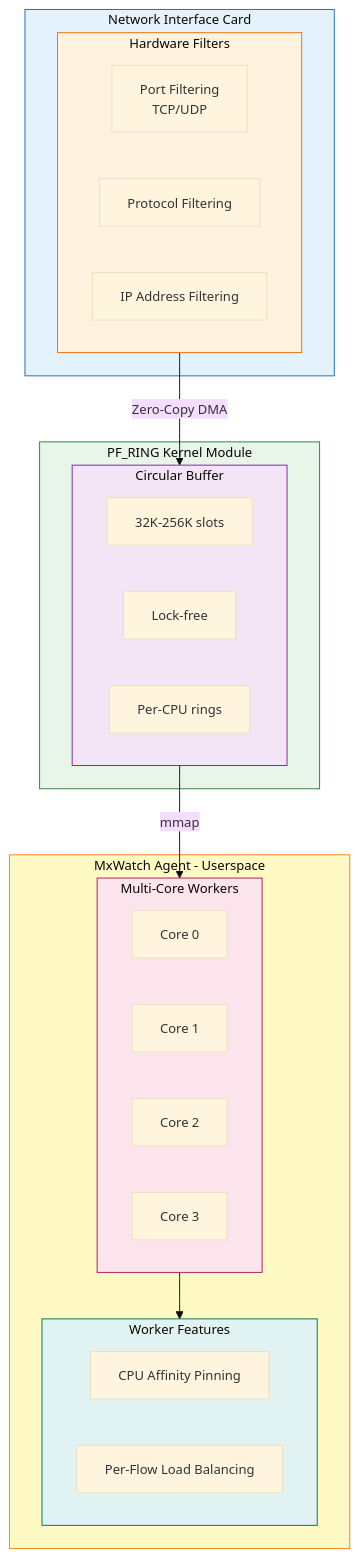
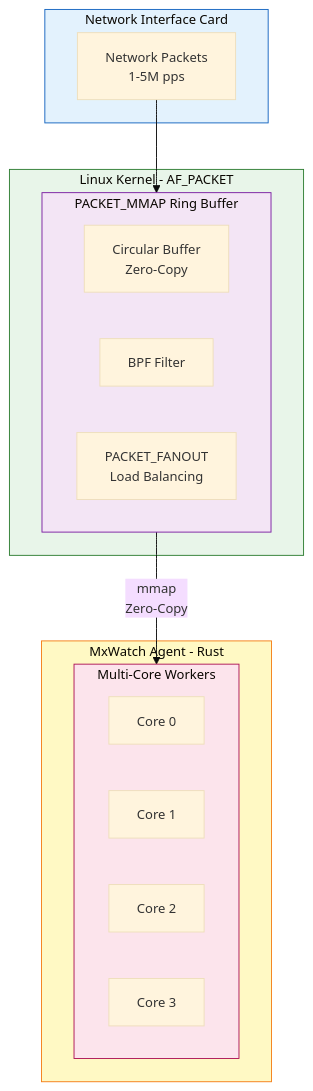
One commit to fankh/mxtac changed the second of 2 diagrams in agents/mxwatch/01-ARCHITECTURE.md. Above: the diagram before and after it, drawn with Mermaid. The commit also changed other lines of this file and 1 other file, not shown here.

````diff
--- a/agents/mxwatch/01-ARCHITECTURE.md
+++ b/agents/mxwatch/01-ARCHITECTURE.md
@@ -130,47 +130,34 @@
 ```mermaid
 %%{init: {'theme': 'base', 'themeVariables': { 'fontSize': '14px' }, 'flowchart': { 'useMaxWidth': true }}}%%
 flowchart TB
     subgraph NIC["Network Interface Card"]
         style NIC fill:#e3f2fd,stroke:#1565c0
+        PACKETS[Network Packets<br/>1-5M pps]
+    end
 
-        subgraph HWFilter["Hardware Filters"]
-            style HWFilter fill:#fff3e0,stroke:#ef6c00
-            PORT[Port Filtering<br/>TCP/UDP]
-            PROTO[Protocol Filtering]
-            IP[IP Address Filtering]
+    subgraph Kernel["Linux Kernel - AF_PACKET"]
+        style Kernel fill:#e8f5e9,stroke:#2e7d32
+
+        subgraph Ring["PACKET_MMAP Ring Buffer"]
+            style Ring fill:#f3e5f5,stroke:#7b1fa2
+            RINGBUF[Circular Buffer<br/>Zero-Copy]
+            BPF[BPF Filter]
+            FANOUT[PACKET_FANOUT<br/>Load Balancing]
         end
     end
 
-    subgraph Kernel["PF_RING Kernel Module"]
-        style Kernel fill:#e8f5e9,stroke:#2e7d32
-
-        subgraph Ring["Circular Buffer"]
-            style Ring fill:#f3e5f5,stroke:#7b1fa2
-            SLOTS[32K-256K slots]
-            LOCKFREE[Lock-free]
-            PERCPU[Per-CPU rings]
-        end
-    end
-
-    subgraph Agent["MxWatch Agent - Userspace"]
+    subgraph Agent["MxWatch Agent - Rust"]
         style Agent fill:#fff9c4,stroke:#f57f17
 
         subgraph Workers["Multi-Core Workers"]
             style Workers fill:#fce4ec,stroke:#ad1457
             CORE0[Core 0]
             CORE1[Core 1]
             CORE2[Core 2]
             CORE3[Core 3]
         end
-
-        subgraph Features["Worker Features"]
-            style Features fill:#e0f2f1,stroke:#00695c
-            AFFINITY[CPU Affinity Pinning]
-            BALANCE[Per-Flow Load Balancing]
-        end
     end
 
-    HWFilter -->|Zero-Copy DMA| Ring
-    Ring -->|mmap| Workers
-    Workers --> Features
+    PACKETS --> Ring
+    Ring -->|mmap<br/>Zero-Copy| Workers
 ```
````
